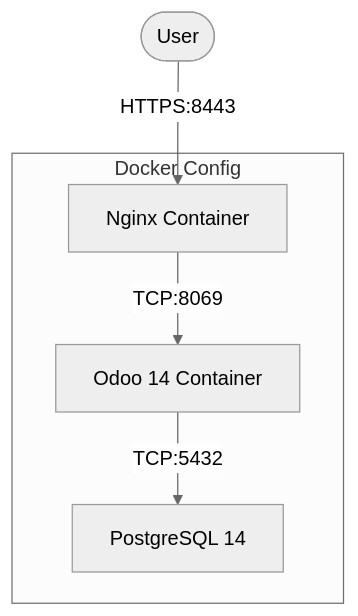
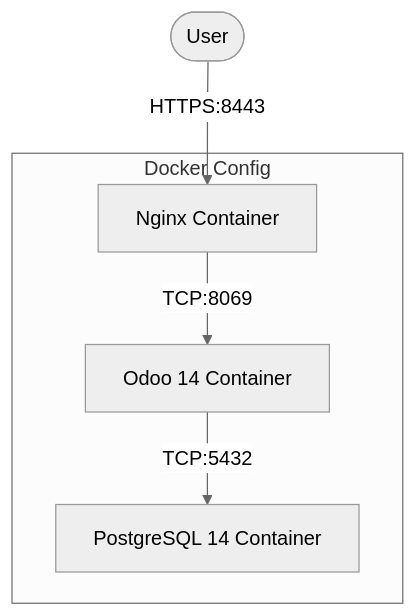
The second of 2 diagrams in README.md (naufalseira/odoo-14), drawn with Mermaid (neutral theme) before and after one commit. The commit also changed other lines of this file, not shown here.

Commit message:
Update Mermaid Diagram

````diff
--- a/README.md
+++ b/README.md
@@ -35,8 +36,8 @@
 ```mermaid
 graph TD
     User([User]) -->|HTTPS:8443| Nginx[Nginx Container]
     subgraph "Docker Config"
         Nginx -->|TCP:8069| Odoo[Odoo 14 Container]
-        Odoo -->|TCP:5432| DB[PostgreSQL 14]
+        Odoo -->|TCP:5432| DB[PostgreSQL 14 Container]
     end
 ```
````
